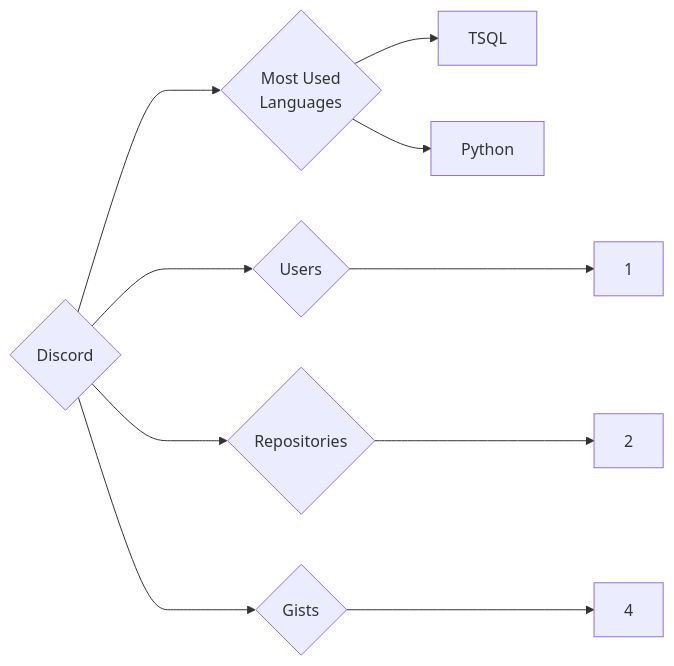
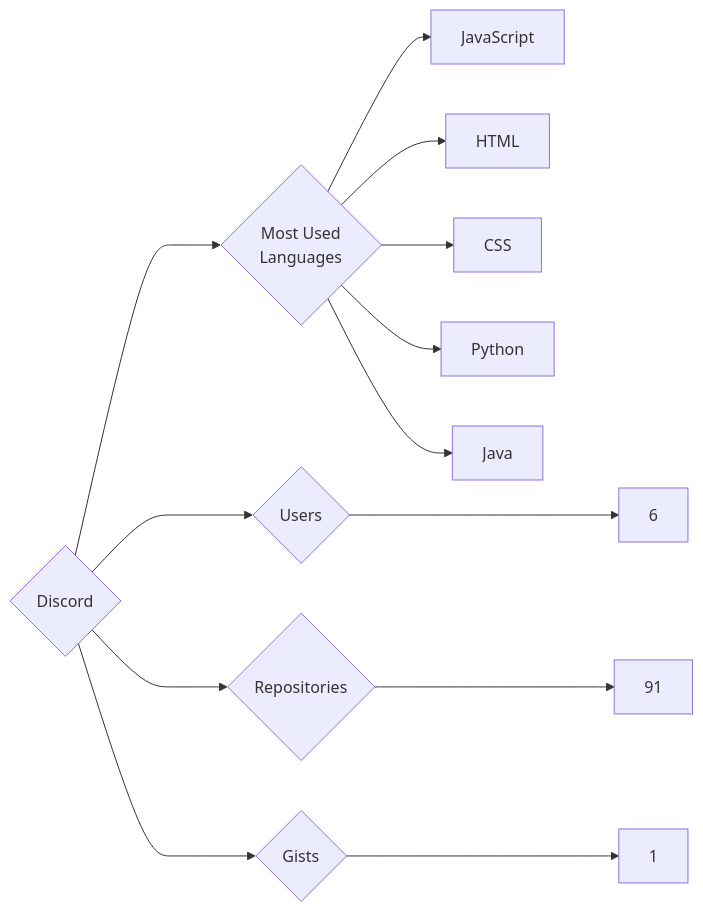
The diagram in targets/Discord/README.md (trickest/insiders), drawn with Mermaid before and after one commit. The commit also changed 1036 other files, not shown here.

````diff
--- a/targets/Discord/README.md
+++ b/targets/Discord/README.md
@@ -3,10 +3,13 @@
 ```mermaid
 graph LR
 COMPANY_NAME{Discord}
-COMPANY_NAME ---> U{Users} ---> UN[1]
-COMPANY_NAME ---> R{Repositories} ---> RN[2]
-COMPANY_NAME ---> G{Gists} ---> GN[4]
+COMPANY_NAME ---> U{Users} ---> UN[6]
+COMPANY_NAME ---> R{Repositories} ---> RN[91]
+COMPANY_NAME ---> G{Gists} ---> GN[1]
 COMPANY_NAME ---> ML{Most Used<br>Languages}
-ML --> TSQL[TSQL]
+ML --> JavaScript[JavaScript]
+ML --> HTML[HTML]
+ML --> CSS[CSS]
 ML --> Python[Python]
+ML --> Java[Java]
 ```
````
